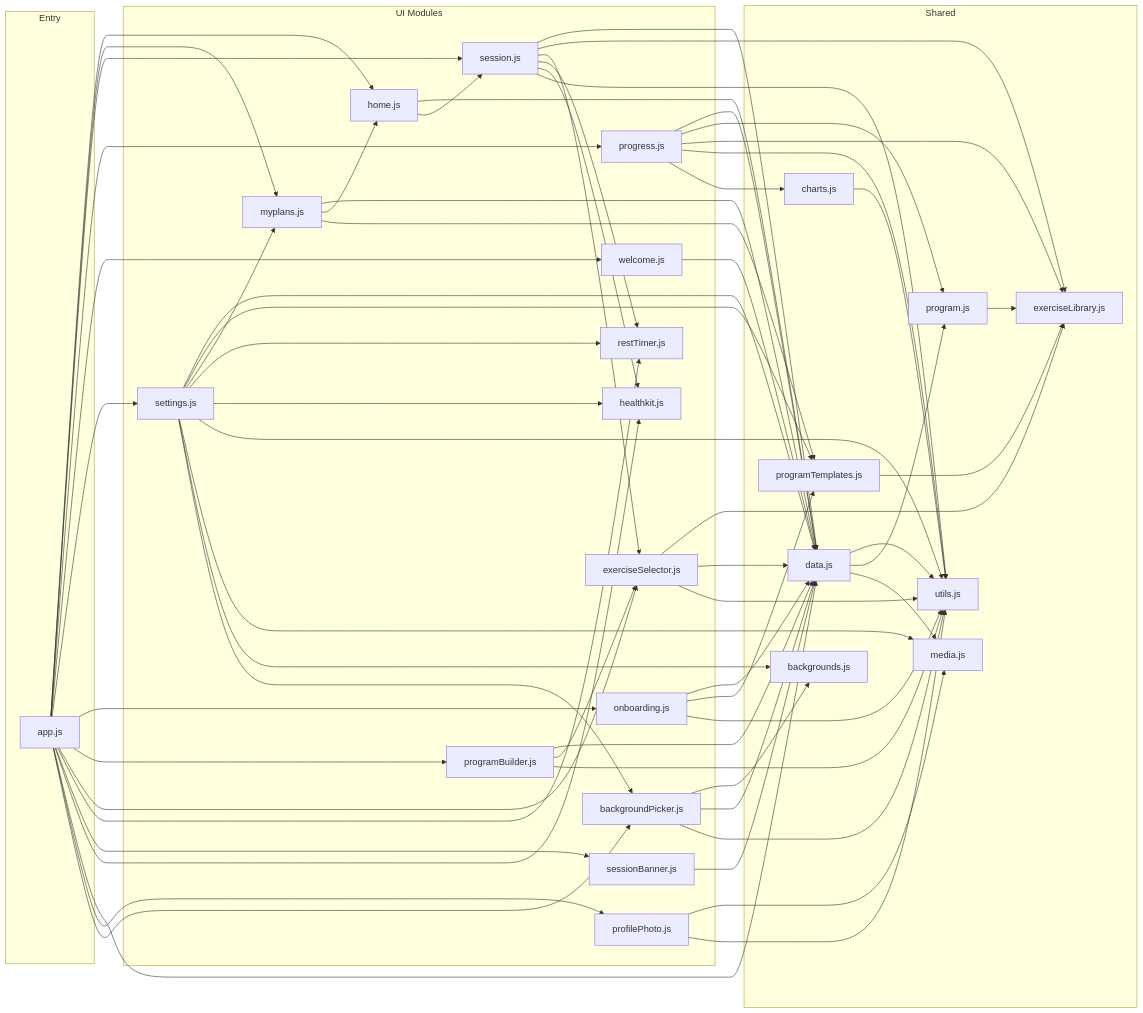
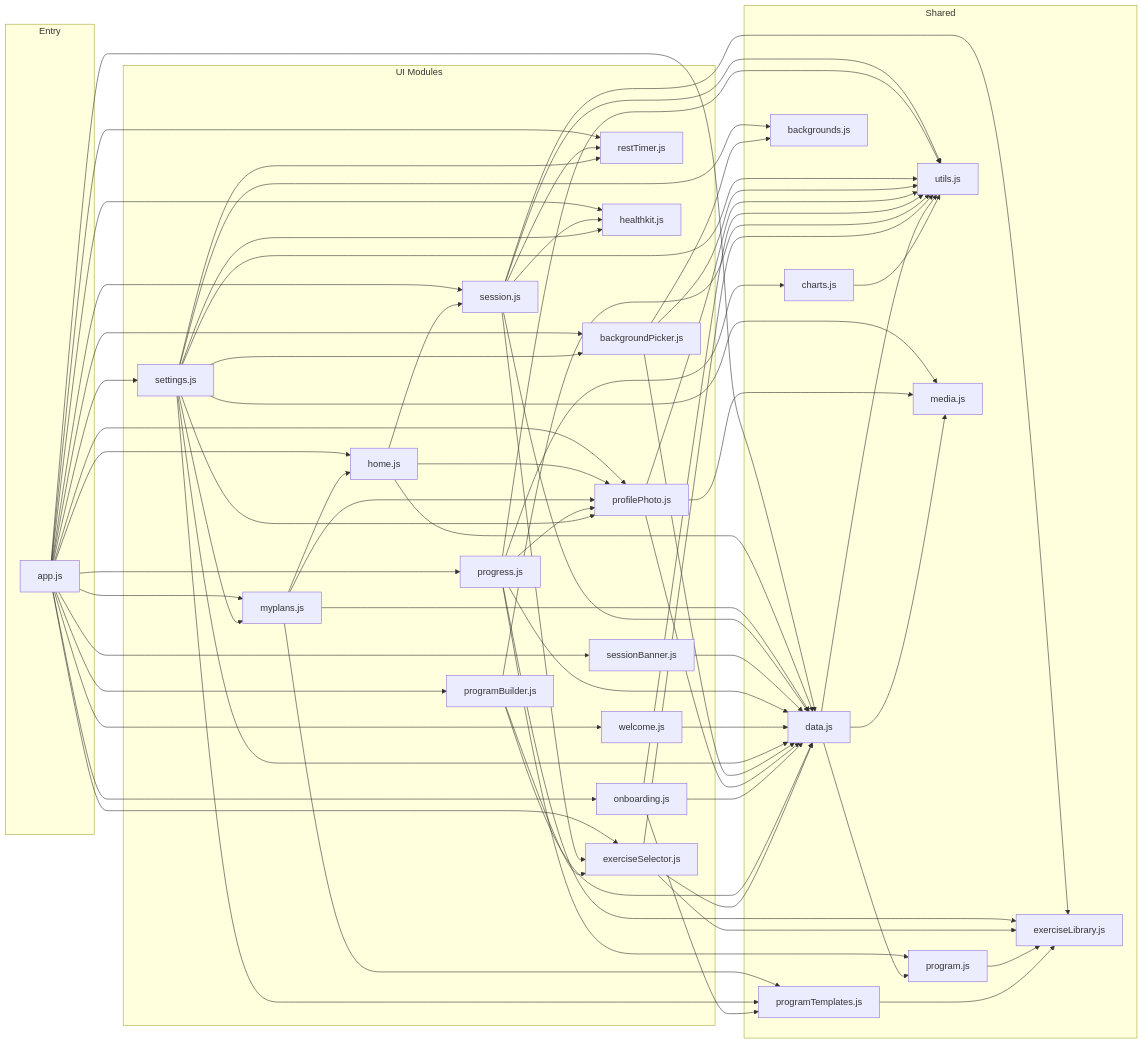
The second of 8 diagrams in ARCHITECTURE.md (reidrussell-alt/plate-log), drawn with Mermaid before and after one commit. The commit also changed other lines of this file and 14 other files, not shown here.

First line of the commit message:
Profile chip: name and photo in the top right of each tab

```diff
--- a/ARCHITECTURE.md
+++ b/ARCHITECTURE.md
@@ -178,6 +178,11 @@
     backgroundPicker.js --> utils.js
 
     profilePhoto.js --> media.js
+    profilePhoto.js --> data.js
+    home.js --> profilePhoto.js
+    myplans.js --> profilePhoto.js
+    progress.js --> profilePhoto.js
+    settings.js --> profilePhoto.js
     profilePhoto.js --> utils.js
 
     onboarding.js --> data.js
```
